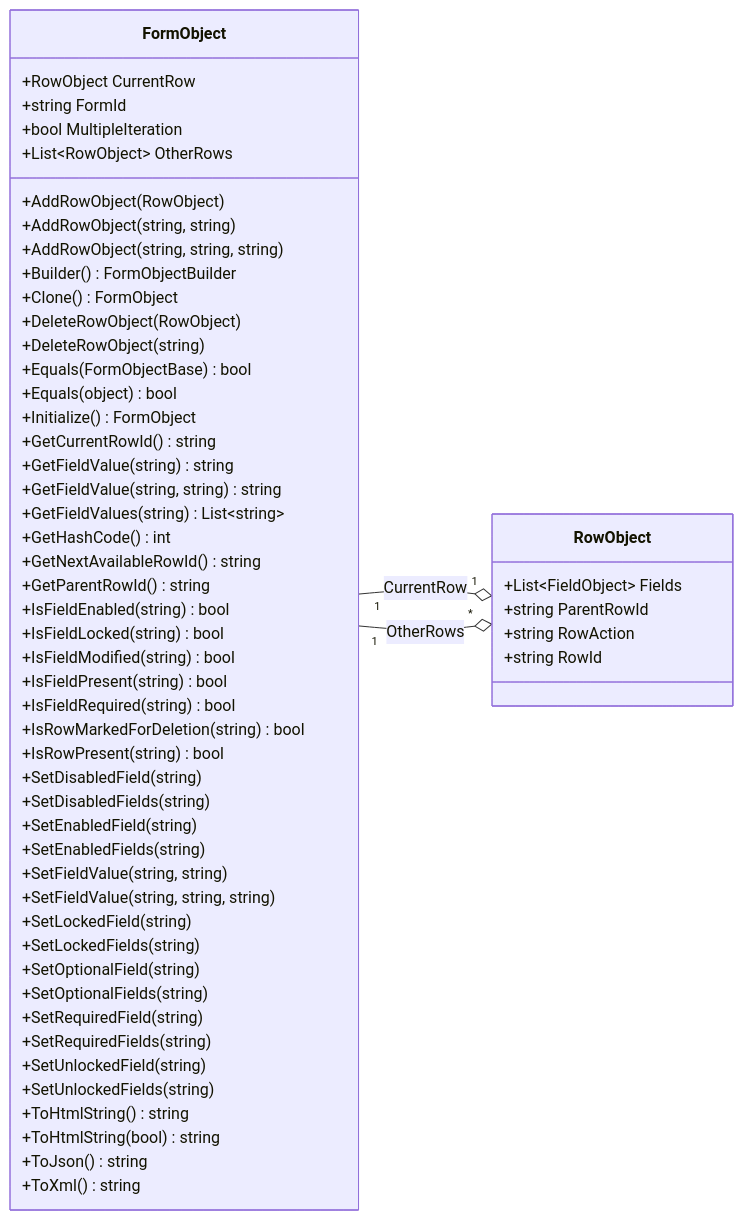
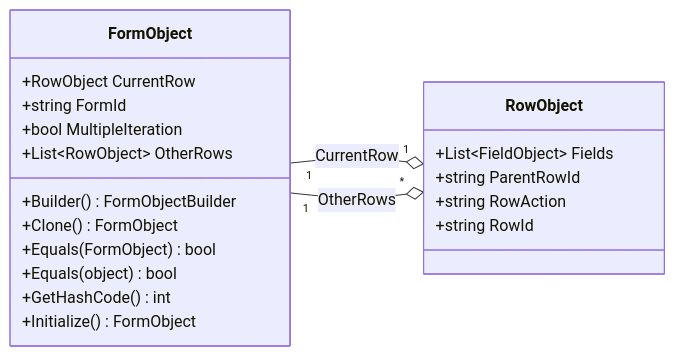
Before and after one commit to rarelysimple/RarelySimple.AvatarScriptLink: the first of 2 diagrams in docs/docs/dotnet/data-model/formobject.mdx, drawn with Mermaid. The commit also changed other lines of this file and 62 other files, not shown here.

````diff
--- a/docs/docs/dotnet/data-model/formobject.mdx
+++ b/docs/docs/dotnet/data-model/formobject.mdx
@@ -15,64 +15,28 @@
 ```mermaid
 classDiagram
 direction LR
 class FormObject {
     +RowObject CurrentRow
     +string FormId
     +bool MultipleIteration
     +List~RowObject~ OtherRows
-    +AddRowObject(RowObject)
-    +AddRowObject(string, string)
-    +AddRowObject(string, string, string)
     +Builder() FormObjectBuilder
     +Clone() FormObject
-    +DeleteRowObject(RowObject)
-    +DeleteRowObject(string)
-    +Equals(FormObjectBase) bool
+    +Equals(FormObject) bool
     +Equals(object) bool
+    +GetHashCode() int
     +Initialize() FormObject
-    +GetCurrentRowId() string
-    +GetFieldValue(string) string
-    +GetFieldValue(string, string) string
-    +GetFieldValues(string) List~string~
-    +GetHashCode() int
-    +GetNextAvailableRowId() string
-    +GetParentRowId() string
-    +IsFieldEnabled(string) bool
-    +IsFieldLocked(string) bool
-    +IsFieldModified(string) bool
-    +IsFieldPresent(string) bool
-    +IsFieldRequired(string) bool
-    +IsRowMarkedForDeletion(string) bool
-    +IsRowPresent(string) bool
-    +SetDisabledField(string)
-    +SetDisabledFields(string)
-    +SetEnabledField(string)
-    +SetEnabledFields(string)
-    +SetFieldValue(string, string)
-    +SetFieldValue(string, string, string)
-    +SetLockedField(string)
-    +SetLockedFields(string)
-    +SetOptionalField(string)
-    +SetOptionalFields(string)
-    +SetRequiredField(string)
-    +SetRequiredFields(string)
-    +SetUnlockedField(string)
-    +SetUnlockedFields(string)
-    +ToHtmlString() string
-    +ToHtmlString(bool) string
-    +ToJson() string
-    +ToXml() string
 }
 
 class RowObject {
     +List~FieldObject~ Fields
     +string ParentRowId
     +string RowAction
     +string RowId
 }
 
 FormObject "1" --o "1" RowObject : CurrentRow
 FormObject "1" --o "*" RowObject : OtherRows
 
 click RowObject href "./rowobject" "Learn more about the RowObject"
 ```
````
